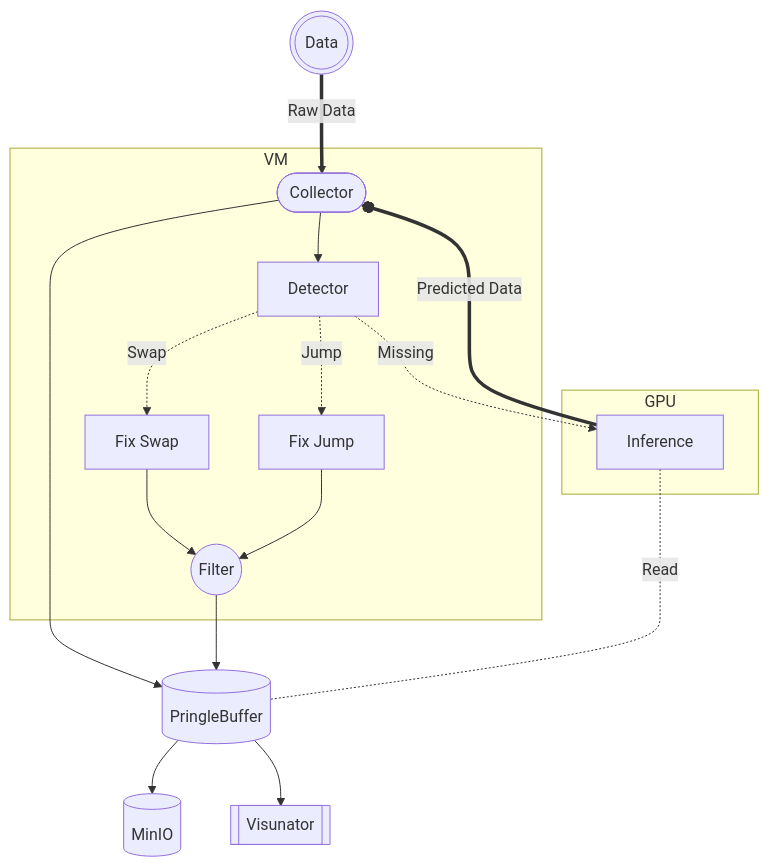
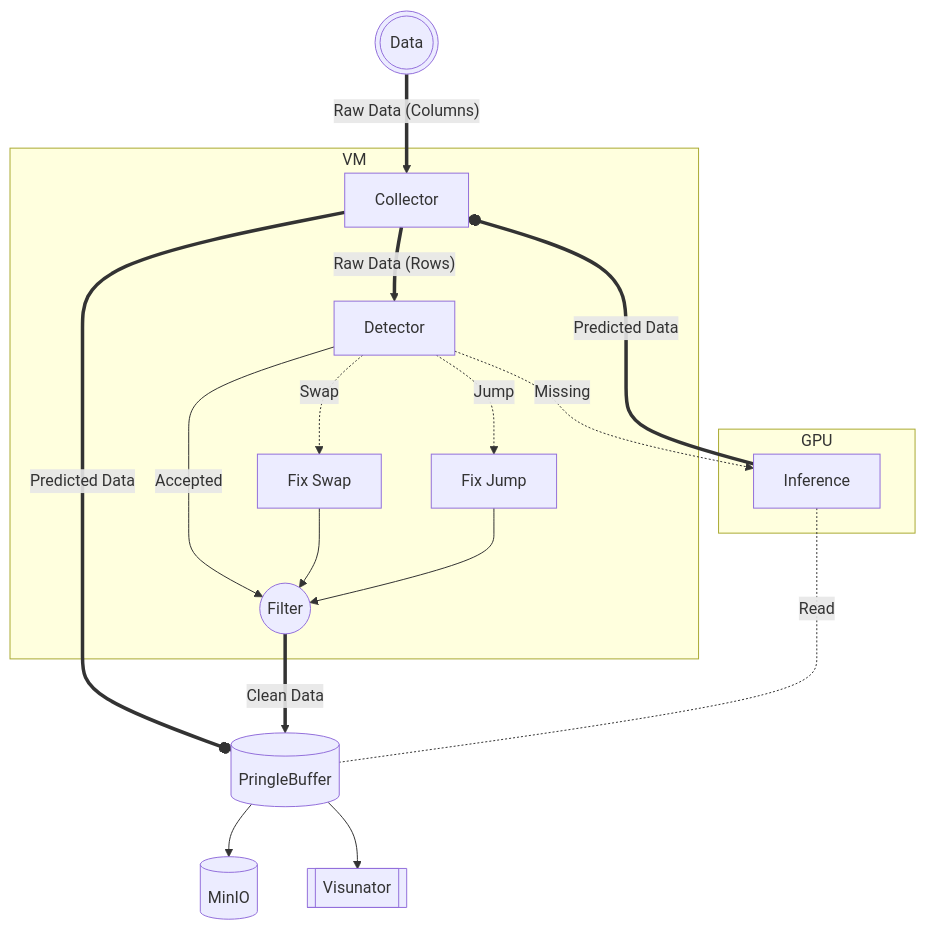
One commit to Ygg-Drasill/DookieFilter changed the diagram in README.md. Above: the diagram before and after it, drawn with Mermaid. The commit also changed other lines of this file, not shown here.

````diff
--- a/README.md
+++ b/README.md
@@ -3,33 +4,35 @@
 ```mermaid
 graph TD;
     DataStream((("Data")));
     PB[(PringleBuffer)];
     MinIO[(MinIO)];
     Visunator[[Visunator]]
 
-    DataStream ==>|Raw Data|Collector;
+    DataStream ==>|Raw Data #40;Columns#41;|Collector;
     PB -->MinIO & Visunator;
 
     subgraph VM
-    Collector(["Collector"]);
+    Collector["Collector"];
     Detector["Detector"];
     FixSwap["Fix Swap"];
     FixJump["Fix Jump"];
     Filter(("Filter"));
 
-    Collector -->Detector;
+    Collector ==>|Raw Data #40;Rows#41;|Detector;
     Detector -.->|Swap| FixSwap;
     Detector -.->|Jump| FixJump;
+    Detector -->|Accepted|Filter;
     FixSwap & FixJump -->Filter;
     end
-    Collector & Filter -->PB;
+    Collector ==o|Predicted Data|PB;
+    Filter ==>|Clean Data|PB;
 
     Detector -.->|Missing|AIInterference;
     AIInterference -.-|Read|PB;
 
     subgraph GPU
     AIInterference["Inference"];
     end
 
     AIInterference ==o|Predicted Data|Collector;
 ```
````
